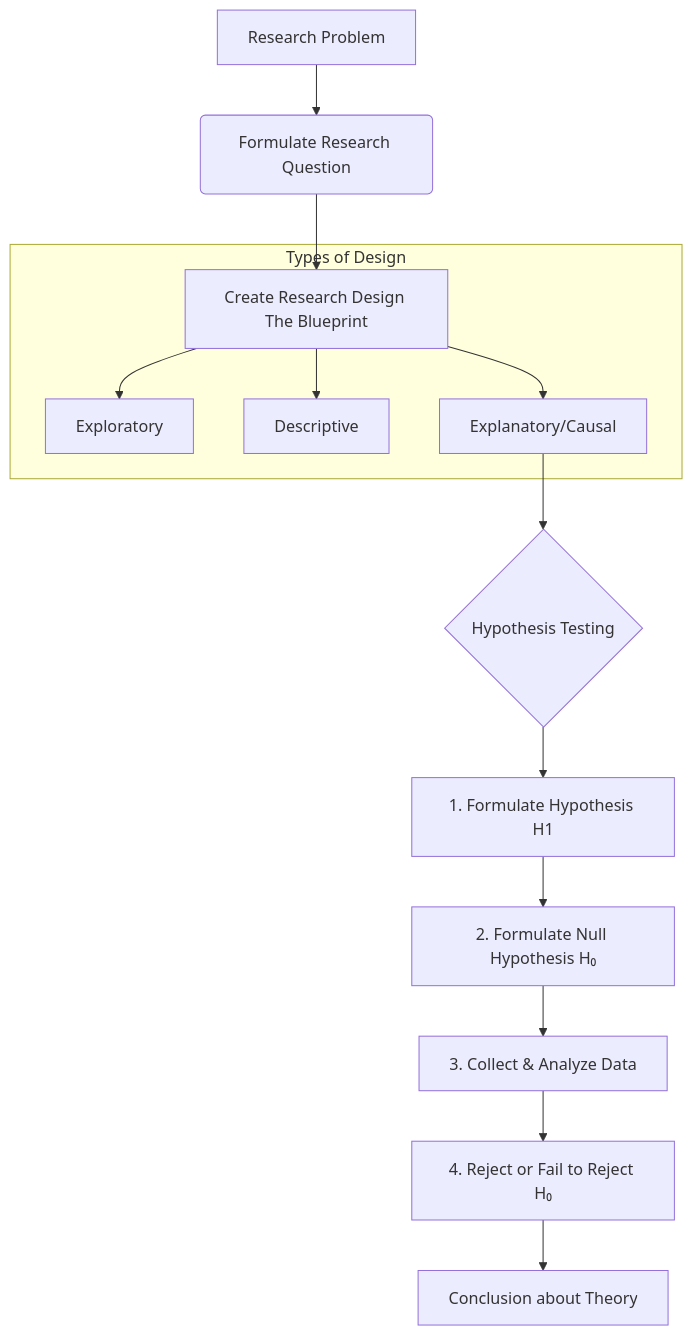
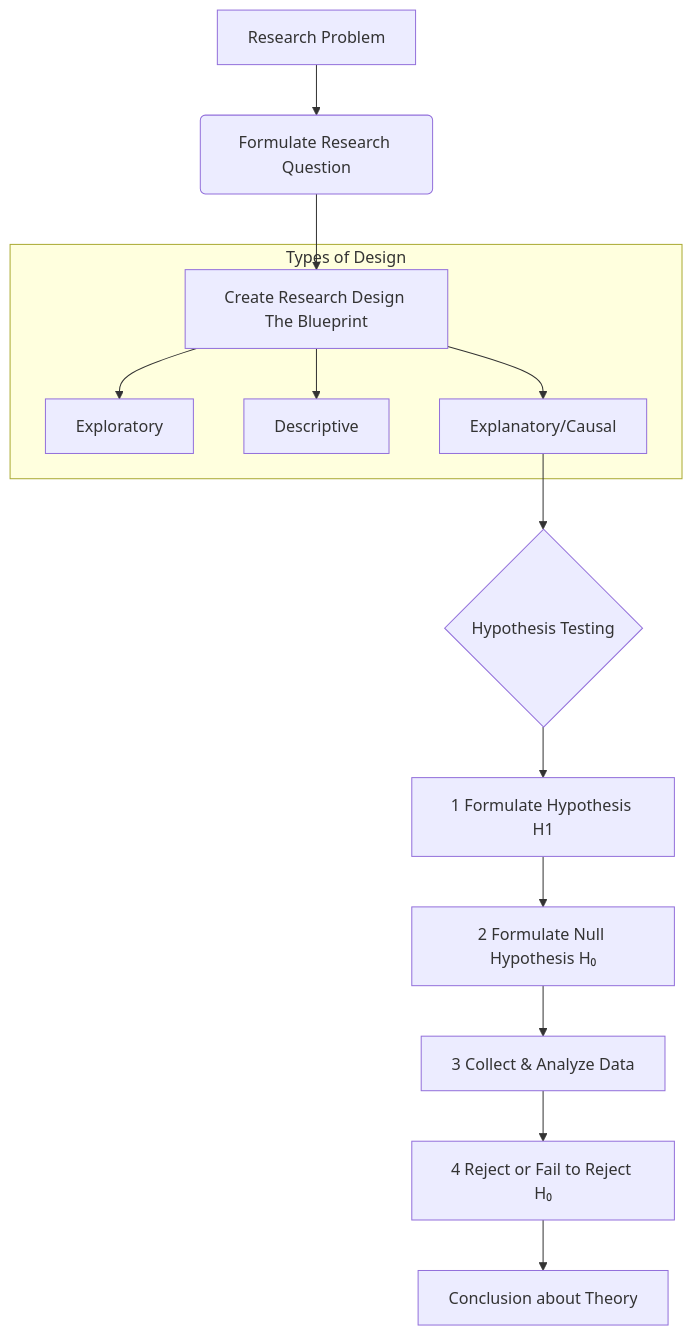
One commit to elevate0123/CSE changed the fifth of 11 diagrams in 06 Sociology/IGNOU MSO/MSO 02 Crisp Notes.md. Above: the diagram before and after it, drawn with Mermaid. The commit also changed other lines of this file and 20 other files, not shown here.

````diff
--- a/06 Sociology/IGNOU MSO/MSO 02 Crisp Notes.md
+++ b/06 Sociology/IGNOU MSO/MSO 02 Crisp Notes.md
@@ -1042,18 +1042,18 @@
 ```mermaid
 graph TD
     A[Research Problem] --> B(Formulate Research Question);
     B --> C[Create Research Design The Blueprint];
     
     subgraph Types of Design
         C --> D[Exploratory];
         C --> E[Descriptive];
         C --> F[Explanatory/Causal];
     end
 
     F --> G{Hypothesis Testing};
-    G --> G1[1. Formulate Hypothesis H1];
-    G1 --> G2[2. Formulate Null Hypothesis H₀];
-    G2 --> G3[3. Collect & Analyze Data];
-    G3 --> G4["4. Reject or Fail to Reject H₀"];
+    G --> G1[1 Formulate Hypothesis H1];
+    G1 --> G2[2 Formulate Null Hypothesis H₀];
+    G2 --> G3[3 Collect & Analyze Data];
+    G3 --> G4["4 Reject or Fail to Reject H₀"];
     G4 --> H[Conclusion about Theory];
 ```
````
